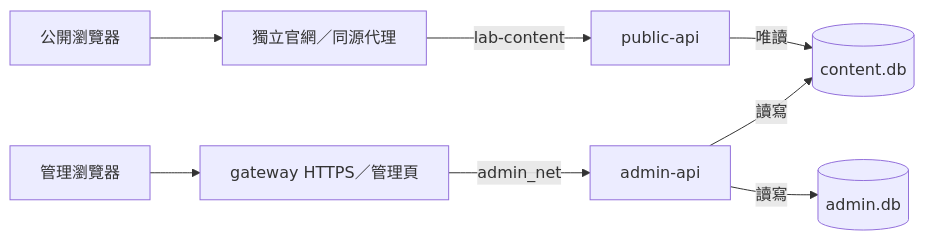
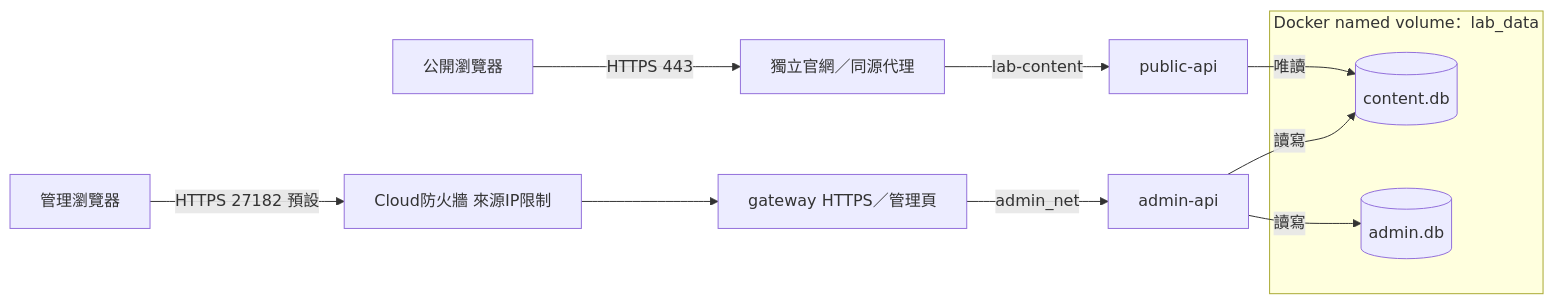
One commit to BigBenlau/lab_backend changed the diagram in ARCHITECTURE.md. Above: the diagram before and after it, drawn with Mermaid. The commit also changed other lines of this file and 14 other files, not shown here.

````diff
--- a/ARCHITECTURE.md
+++ b/ARCHITECTURE.md
@@ -46,10 +46,15 @@
 ```mermaid
 flowchart LR
-  B[公開瀏覽器] --> F[獨立官網／同源代理]
+  B[公開瀏覽器] -->|HTTPS 443| F[獨立官網／同源代理]
   F -->|lab-content| P[public-api]
   P -->|唯讀| C[(content.db)]
-  A[管理瀏覽器] --> G[gateway HTTPS／管理頁]
+  A[管理瀏覽器] -->|HTTPS 27182 預設| W[Cloud防火牆 來源IP限制]
+  W --> G[gateway HTTPS／管理頁]
   G -->|admin_net| M[admin-api]
   M -->|讀寫| C
   M -->|讀寫| D[(admin.db)]
+  subgraph V[Docker named volume：lab_data]
+    C
+    D
+  end
 ```
````
